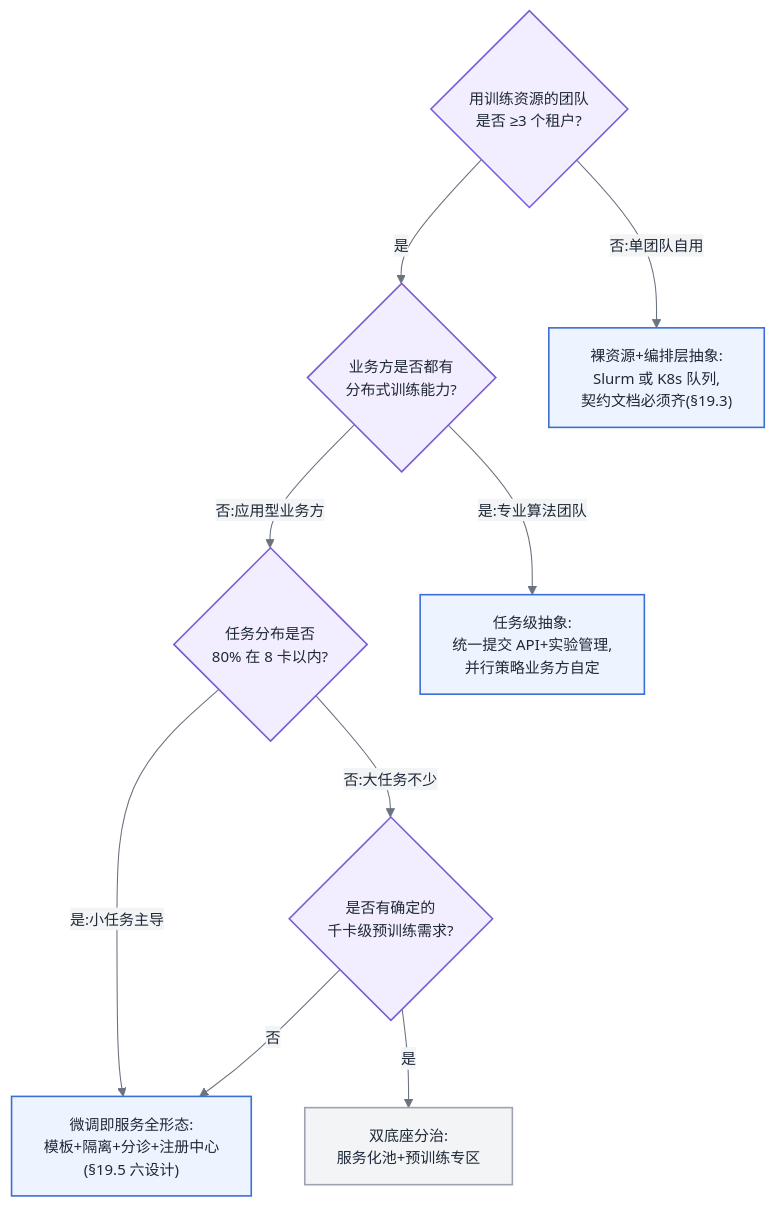
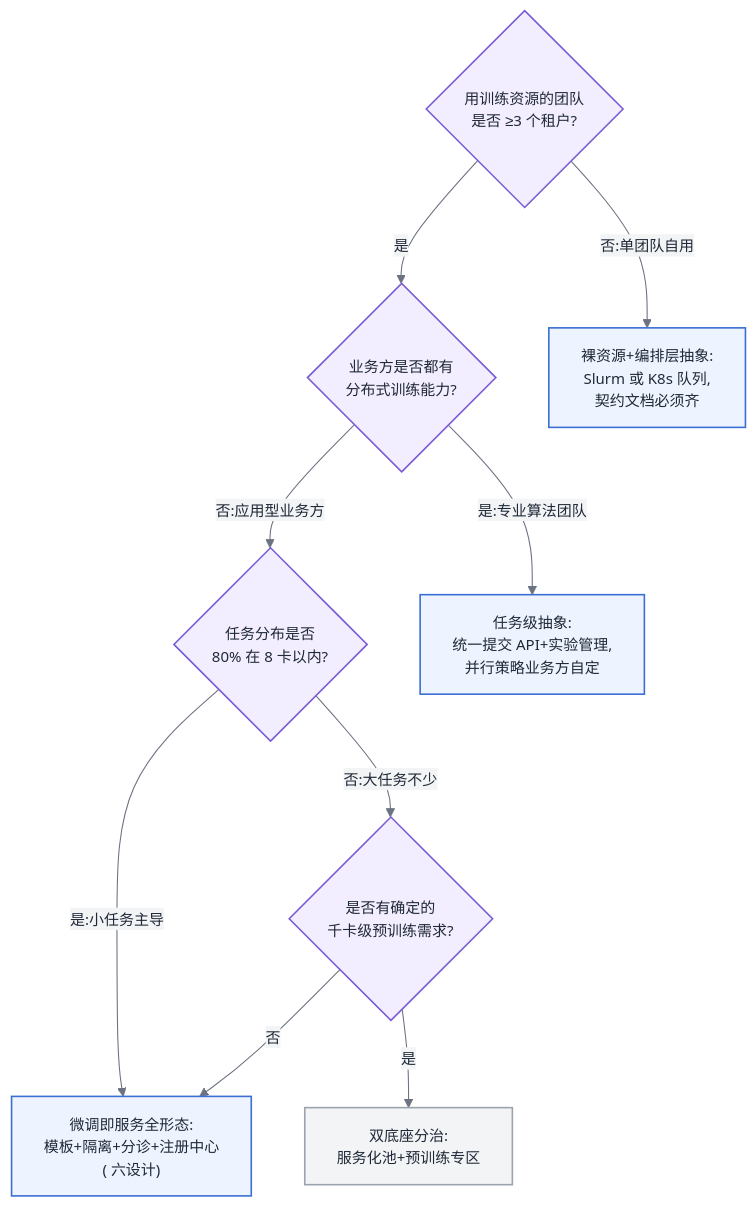
One commit to cdavid817/AI-Infra changed the fourth of 4 diagrams in 第四部分-训练系统/第19章-训练工程层与编排.md. Above: the diagram before and after it, drawn with Mermaid. The commit also changed 12 other files, not shown here.

Commit message:
mermaid 图内不再出现 §X.Y 小节引用:本章自引删除,跨章引用改为「第 X 章」表述(13 文件 28 处)

````diff
--- a/第四部分-训练系统/第19章-训练工程层与编排.md
+++ b/第四部分-训练系统/第19章-训练工程层与编排.md
@@ -256,30 +256,30 @@
 ```mermaid
 %%{init: {'theme':'base','themeVariables':{
   'primaryColor':'#EEF4FF','primaryBorderColor':'#3B6FD4','primaryTextColor':'#1F2937',
   'secondaryColor':'#F3F4F6','tertiaryColor':'#FFFFFF',
   'lineColor':'#6B7280','fontFamily':'-apple-system, Segoe UI, Helvetica, Arial, sans-serif','fontSize':'14px'
 }}}%%
 flowchart TB
   classDef ctrl fill:#F3EEFF,stroke:#7C5CD4,stroke-width:1.5px,color:#1F2937
   classDef eng fill:#EEF4FF,stroke:#3B6FD4,stroke-width:1.5px,color:#1F2937
   classDef ext fill:#F3F4F6,stroke:#9CA3AF,stroke-width:1.5px,color:#1F2937
 
   Q1{"用训练资源的团队<br/>是否 ≥3 个租户?"}:::ctrl
   Q2{"业务方是否都有<br/>分布式训练能力?"}:::ctrl
   Q3{"任务分布是否<br/>80% 在 8 卡以内?"}:::ctrl
   Q4{"是否有确定的<br/>千卡级预训练需求?"}:::ctrl
 
-  A1["裸资源+编排层抽象:<br/>Slurm 或 K8s 队列,<br/>契约文档必须齐(§19.3)"]:::eng
+  A1["裸资源+编排层抽象:<br/>Slurm 或 K8s 队列,<br/>契约文档必须齐"]:::eng
   A2["任务级抽象:<br/>统一提交 API+实验管理,<br/>并行策略业务方自定"]:::eng
-  A3["微调即服务全形态:<br/>模板+隔离+分诊+注册中心<br/>(§19.5 六设计)"]:::eng
+  A3["微调即服务全形态:<br/>模板+隔离+分诊+注册中心<br/>( 六设计)"]:::eng
   A4["双底座分治:<br/>服务化池+预训练专区"]:::ext
 
   Q1 -->|"否:单团队自用"| A1
   Q1 -->|"是"| Q2
   Q2 -->|"是:专业算法团队"| A2
   Q2 -->|"否:应用型业务方"| Q3
   Q3 -->|"是:小任务主导"| A3
   Q3 -->|"否:大任务不少"| Q4
   Q4 -->|"是"| A4
   Q4 -->|"否"| A3
 ```
````
